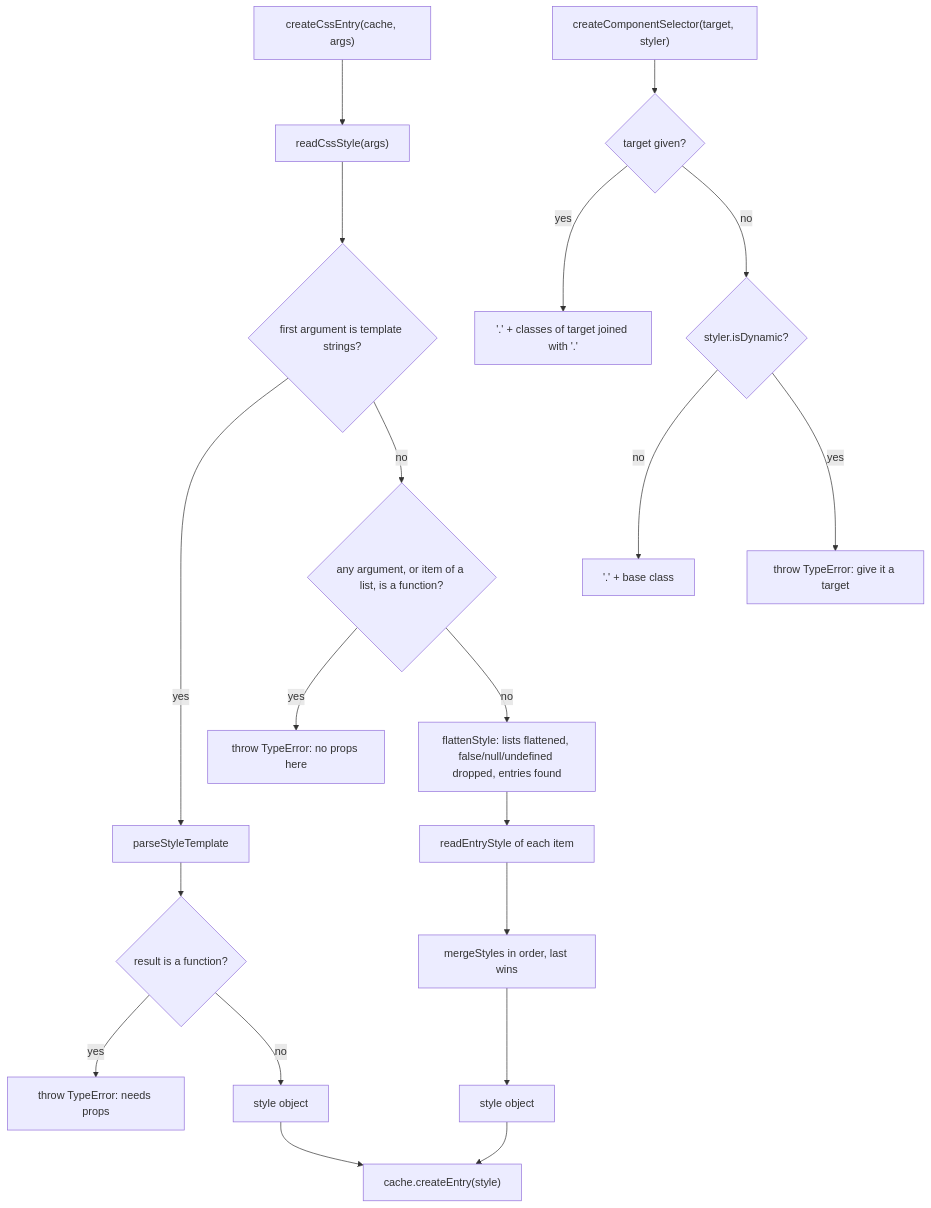
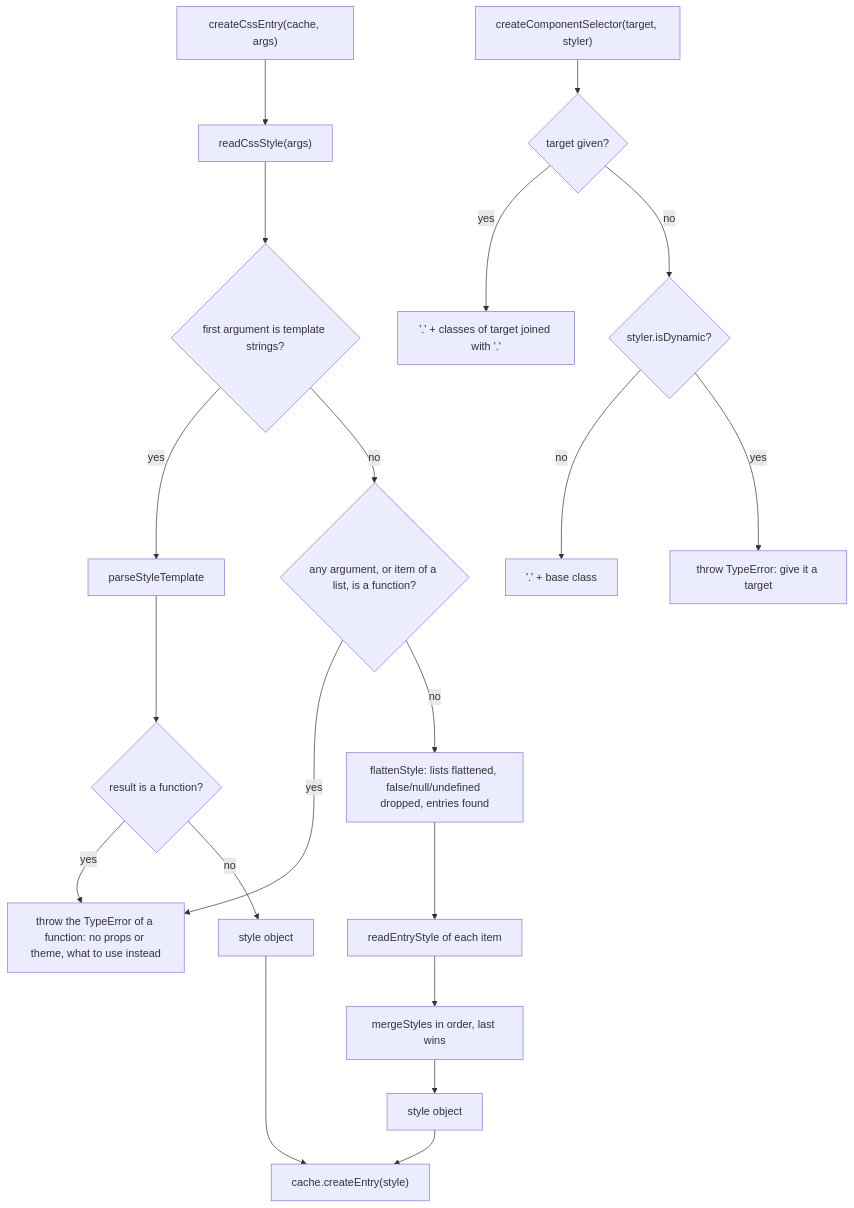
One commit to soroush-tech/umber-style changed the diagram in packages/core/src/css.md. Above: the diagram before and after it, drawn with Mermaid. The commit also changed other lines of this file and 12 other files, not shown here.

Commit message:
fix: css() given a function says what to use instead, on every binding and in @umber-style/css - close #87

````diff
--- a/packages/core/src/css.md
+++ b/packages/core/src/css.md
@@ -21,22 +22,22 @@
 ```mermaid
 flowchart TD
   args["readCssStyle(args)"] --> tpl{"first argument is template strings?"}
   tpl -->|yes| parse["parseStyleTemplate"]
   parse --> fn{"result is a function?"}
-  fn -->|yes| errT["throw TypeError: needs props"]
+  fn -->|yes| errT["throw the TypeError of a function: no props or theme, what to use instead"]
   fn -->|no| out1["style object"]
   tpl -->|no| rej{"any argument, or item of a list, is a function?"}
-  rej -->|yes| errF["throw TypeError: no props here"]
+  rej -->|yes| errT
   rej -->|no| flat["flattenStyle: lists flattened, false/null/undefined dropped, entries found"]
   flat --> read["readEntryStyle of each item"]
   read --> merge["mergeStyles in order, last wins"]
   merge --> out2["style object"]
   entry["createCssEntry(cache, args)"] --> args
   out2 --> mk["cache.createEntry(style)"]
   out1 --> mk
   sel["createComponentSelector(target, styler)"] --> hasT{"target given?"}
   hasT -->|yes| dots["'.' + classes of target joined with '.'"]
   hasT -->|no| dyn{"styler.isDynamic?"}
   dyn -->|no| base["'.' + base class"]
   dyn -->|yes| errS["throw TypeError: give it a target"]
 ```
````
